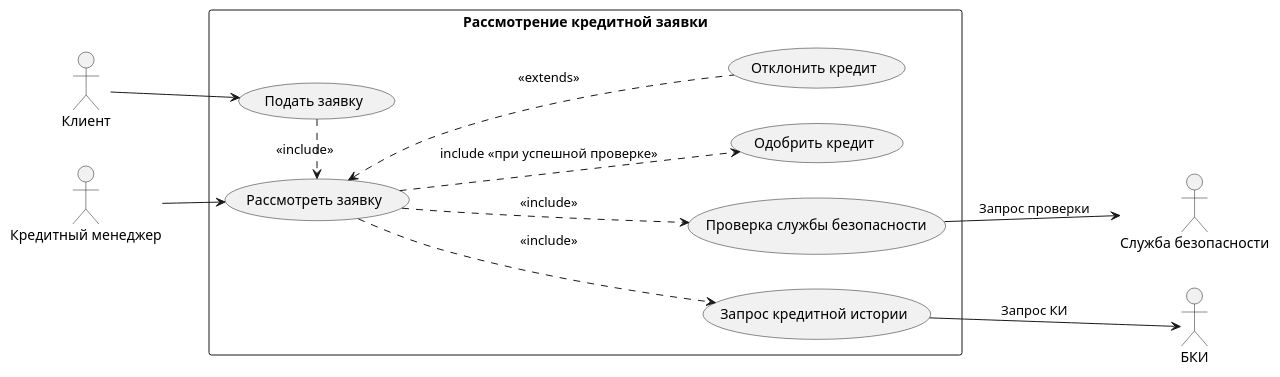
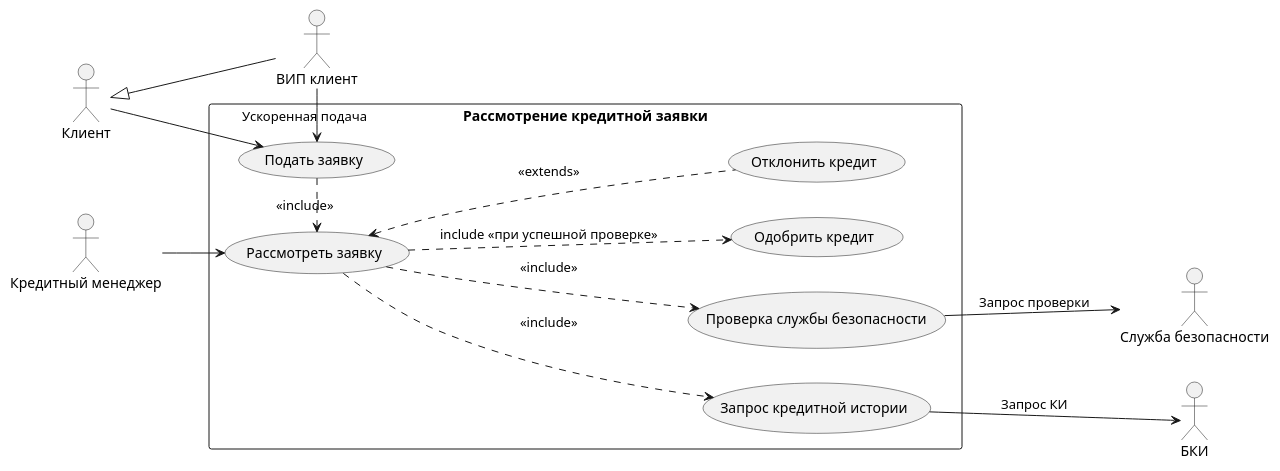
Before and after one commit to polokalamu/uml-diagrams_t1: the diagram in diagrams/task7_use_case/use_case.puml, drawn with PlantUML.

Commit message:
changes task7

```diff
--- a/diagrams/task7_use_case/use_case.puml
+++ b/diagrams/task7_use_case/use_case.puml
@@ -1,29 +1,33 @@
 @startuml
 left to right direction
 skinparam packageStyle rectangle
 
 actor Client as "Клиент"
+actor vipClient as "ВИП клиент"
 actor CreditManager as "Кредитный менеджер"
 actor SecurityService as "Служба безопасности"
 actor BKI as "БКИ"
+
+Client <|-- vipClient
 
 rectangle "Рассмотрение кредитной заявки" {
 (Подать заявку) as UC1
 (Рассмотреть заявку) as UC2
 (Проверка службы безопасности) as UC3
 (Запрос кредитной истории) as UC4
 (Одобрить кредит) as UC5
 (Отклонить кредит) as UC6
 }
 
 Client --> UC1
+vipClient -left-> UC1: Ускоренная подача
 UC1 .> UC2: <<include>>
 CreditManager --> UC2
 UC2 ..> UC3: <<include>>
 UC2 ..> UC4: <<include>>
 UC3 --> SecurityService: Запрос проверки
 UC4 --> BKI: Запрос КИ
 UC2 ..> UC5: include <<при успешной проверке>>
 UC2 <.. UC6: <<extends>>
 
 @enduml
```
